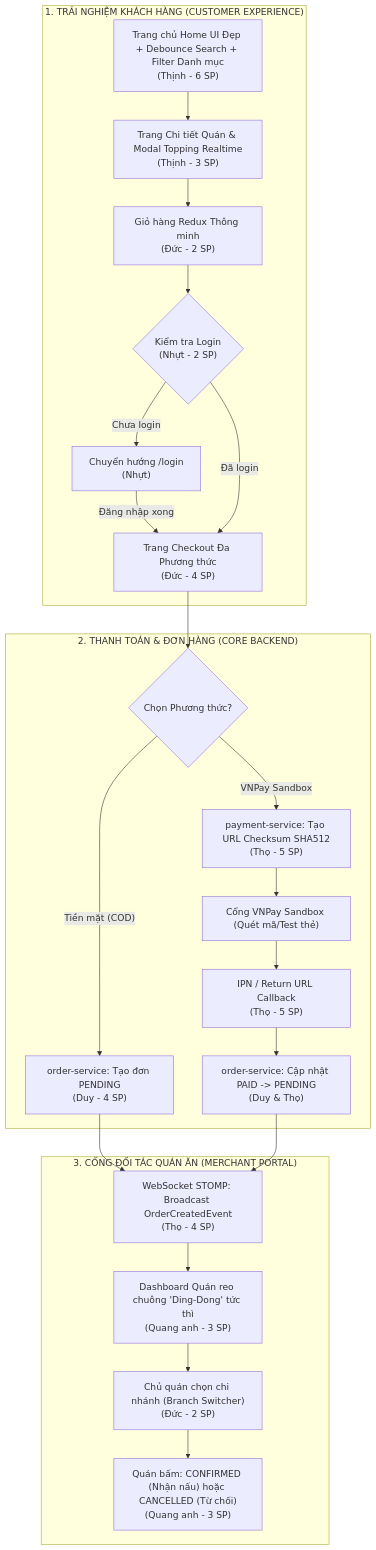
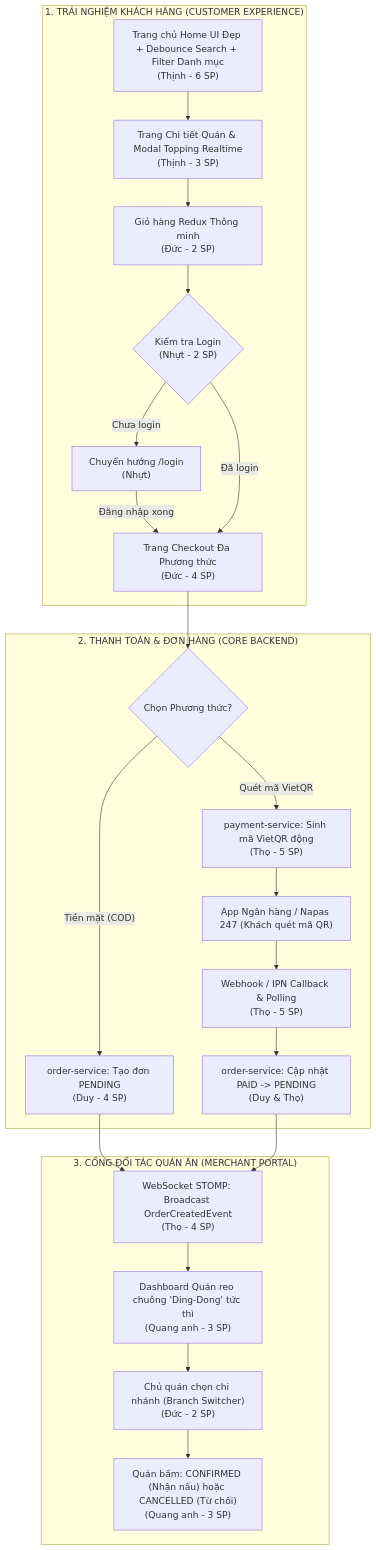
One commit to Ntttho/ks24-hcm-cntt1-ojt-group06-thunder-food-delivery changed the diagram in document/PLANNING_SPRINT_2.md. Above: the diagram before and after it, drawn with Mermaid. The commit also changed other lines of this file and 176 other files, not shown here.

````diff
--- a/document/PLANNING_SPRINT_2.md
+++ b/document/PLANNING_SPRINT_2.md
@@ -49,27 +49,27 @@
 ```mermaid
 flowchart TD
     subgraph FlowA["1. TRẢI NGHIỆM KHÁCH HÀNG (CUSTOMER EXPERIENCE)"]
         A1["Trang chủ Home UI Đẹp + Debounce Search + Filter Danh mục\n(Thịnh - 6 SP)"] --> A2["Trang Chi tiết Quán & Modal Topping Realtime\n(Thịnh - 3 SP)"]
         A2 --> A3["Giỏ hàng Redux Thông minh\n(Đức - 2 SP)"]
         A3 --> A4{"Kiểm tra Login\n(Nhựt - 2 SP)"}
         A4 -- Chưa login --> A5["Chuyển hướng /login\n(Nhựt)"]
         A5 -- Đăng nhập xong --> A6["Trang Checkout Đa Phương thức\n(Đức - 4 SP)"]
         A4 -- Đã login --> A6
     end
 
     subgraph FlowB["2. THANH TOÁN & ĐƠN HÀNG (CORE BACKEND)"]
         A6 --> B1{"Chọn Phương thức?"}
         B1 -- Tiền mặt (COD) --> B2["order-service: Tạo đơn PENDING\n(Duy - 4 SP)"]
-        B1 -- VNPay Sandbox --> B3["payment-service: Tạo URL Checksum SHA512\n(Thọ - 5 SP)"]
-        B3 --> B4["Cổng VNPay Sandbox (Quét mã/Test thẻ)"]
-        B4 --> B5["IPN / Return URL Callback\n(Thọ - 5 SP)"]
+        B1 -- Quét mã VietQR --> B3["payment-service: Sinh mã VietQR động\n(Thọ - 5 SP)"]
+        B3 --> B4["App Ngân hàng / Napas 247 (Khách quét mã QR)"]
+        B4 --> B5["Webhook / IPN Callback & Polling\n(Thọ - 5 SP)"]
         B5 --> B6["order-service: Cập nhật PAID -> PENDING\n(Duy & Thọ)"]
     end
 
     subgraph FlowC["3. CỔNG ĐỐI TÁC QUÁN ĂN (MERCHANT PORTAL)"]
         B2 & B6 --> C1["WebSocket STOMP: Broadcast OrderCreatedEvent\n(Thọ - 4 SP)"]
         C1 --> C2["Dashboard Quán reo chuông 'Ding-Dong' tức thì\n(Quang anh - 3 SP)"]
         C2 --> C3["Chủ quán chọn chi nhánh (Branch Switcher)\n(Đức - 2 SP)"]
         C3 --> C4["Quán bấm: CONFIRMED (Nhận nấu) hoặc CANCELLED (Từ chối)\n(Quang anh - 3 SP)"]
     end
 ```
````
